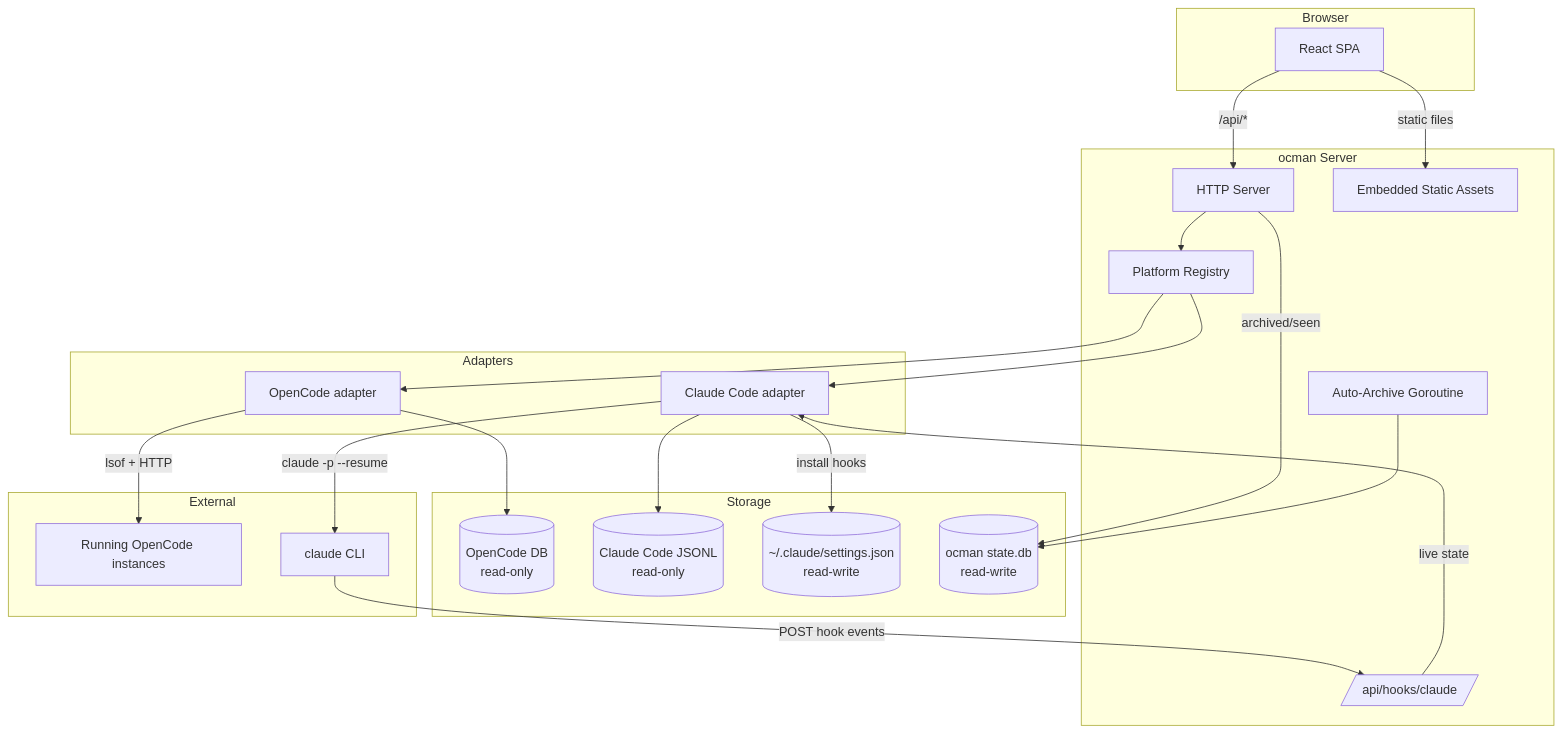
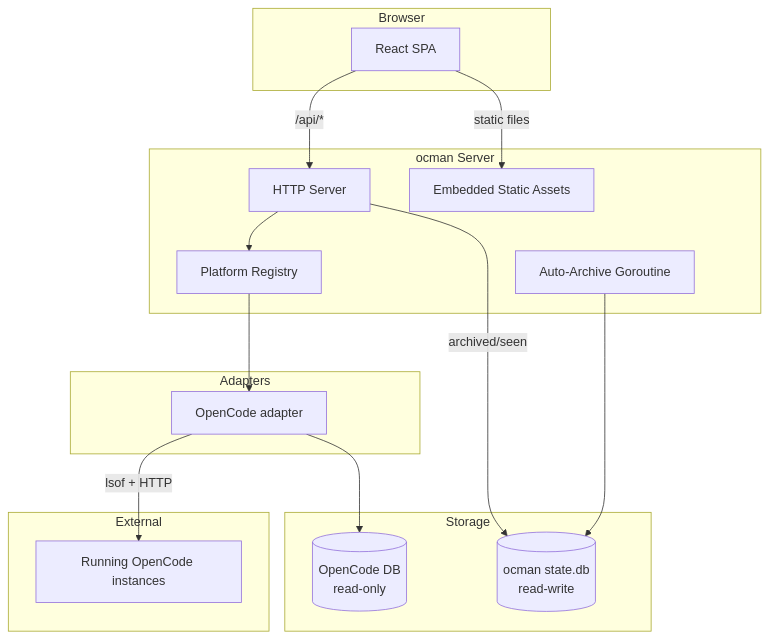
Before and after one commit to ocman/ocman: the diagram in README.md, drawn with Mermaid. The commit also changed other lines of this file, not shown here.

Commit message:
docs: Remove Claude Code references from README

````diff
--- a/README.md
+++ b/README.md
@@ -33,46 +21,35 @@
 ```mermaid
 graph TD
     subgraph Browser
         SPA[React SPA]
     end
 
     subgraph ocman Server
         HTTP[HTTP Server]
         Static[Embedded Static Assets]
         Registry[Platform Registry]
-        Hooks[/api/hooks/claude/]
         Archive[Auto-Archive Goroutine]
     end
 
     subgraph Adapters
         OCAd[OpenCode adapter]
-        CCAd[Claude Code adapter]
     end
 
     subgraph Storage
         OC_DB[(OpenCode DB<br/>read-only)]
-        CC_JSONL[(Claude Code JSONL<br/>read-only)]
-        CC_Settings[(~/.claude/settings.json<br/>read-write)]
         State_DB[(ocman state.db<br/>read-write)]
     end
 
     subgraph External
         OC[Running OpenCode instances]
-        Claude[claude CLI]
     end
 
     SPA -->|/api/*| HTTP
     SPA -->|static files| Static
     HTTP --> Registry
     Registry --> OCAd
-    Registry --> CCAd
     OCAd --> OC_DB
     OCAd -->|lsof + HTTP| OC
-    CCAd --> CC_JSONL
-    CCAd -->|install hooks| CC_Settings
-    CCAd -->|claude -p --resume| Claude
-    Hooks -->|live state| CCAd
-    Claude -->|POST hook events| Hooks
     HTTP -->|archived/seen| State_DB
     Archive --> State_DB
 ```
````
